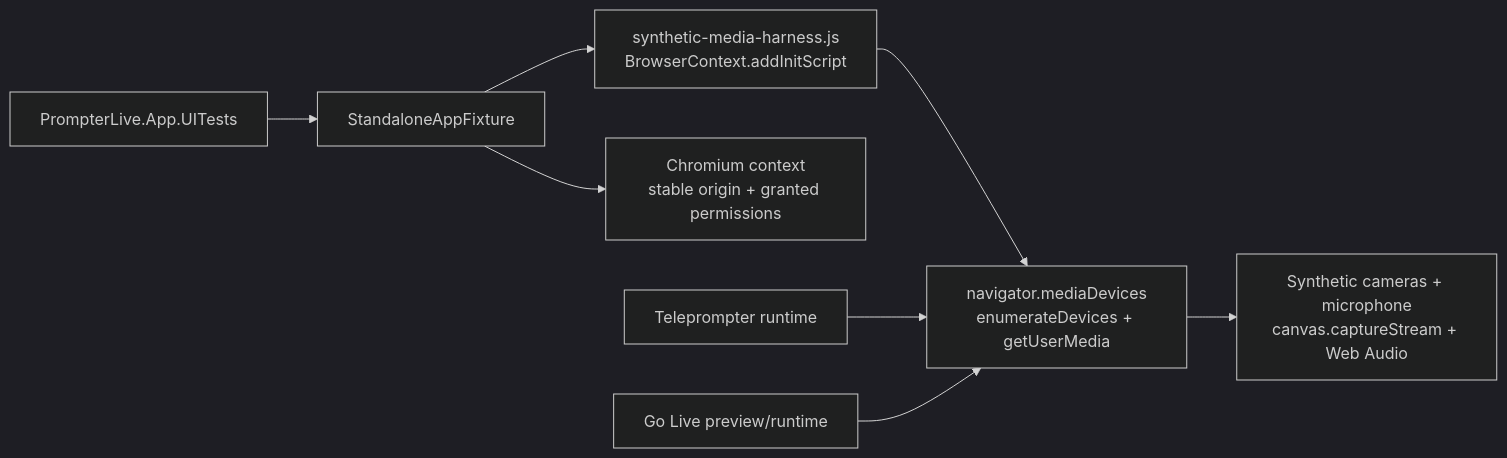
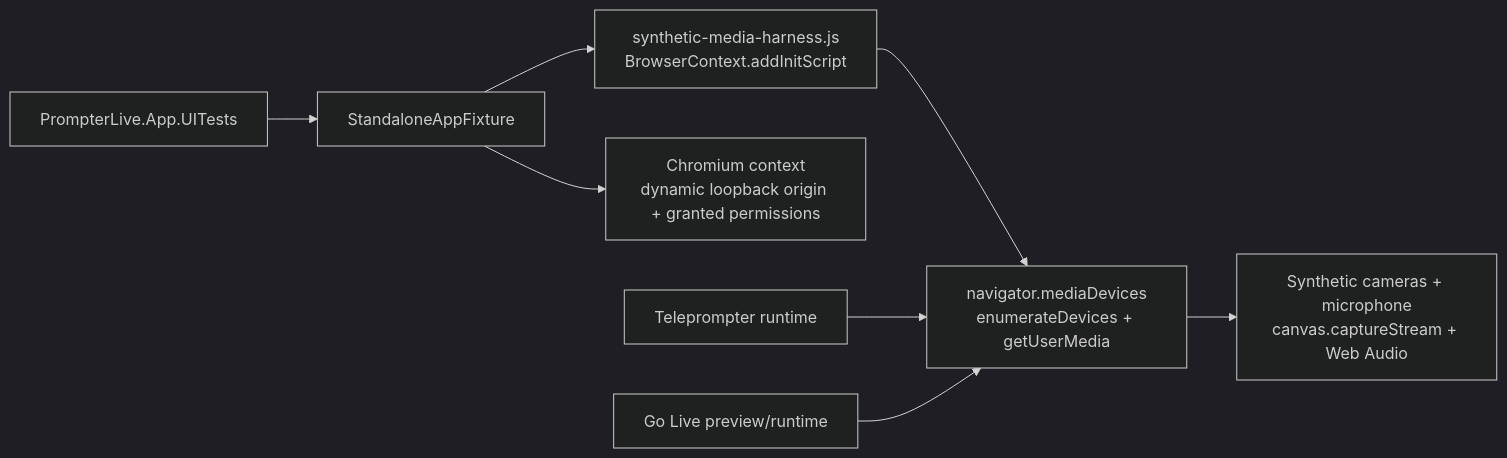
The seventh of 11 diagrams in docs/Architecture.md (managedcode/PrompterOne), drawn with Mermaid (dark theme) before and after one commit. The commit also changed other lines of this file and 272 other files, not shown here.

````diff
--- a/docs/Architecture.md
+++ b/docs/Architecture.md
@@ -169,19 +170,19 @@
 ```mermaid
 flowchart LR
     UITests["PrompterLive.App.UITests"]
     Fixture["StandaloneAppFixture"]
     InitScript["synthetic-media-harness.js<br/>BrowserContext.addInitScript"]
-    Browser["Chromium context<br/>stable origin + granted permissions"]
+    Browser["Chromium context<br/>dynamic loopback origin + granted permissions"]
     MediaApis["navigator.mediaDevices<br/>enumerateDevices + getUserMedia"]
     Synthetic["Synthetic cameras + microphone<br/>canvas.captureStream + Web Audio"]
     Reader["Teleprompter runtime"]
     GoLive["Go Live preview/runtime"]
 
     UITests --> Fixture
     Fixture --> InitScript
     Fixture --> Browser
     InitScript --> MediaApis
     MediaApis --> Synthetic
     Reader --> MediaApis
     GoLive --> MediaApis
 ```
````
